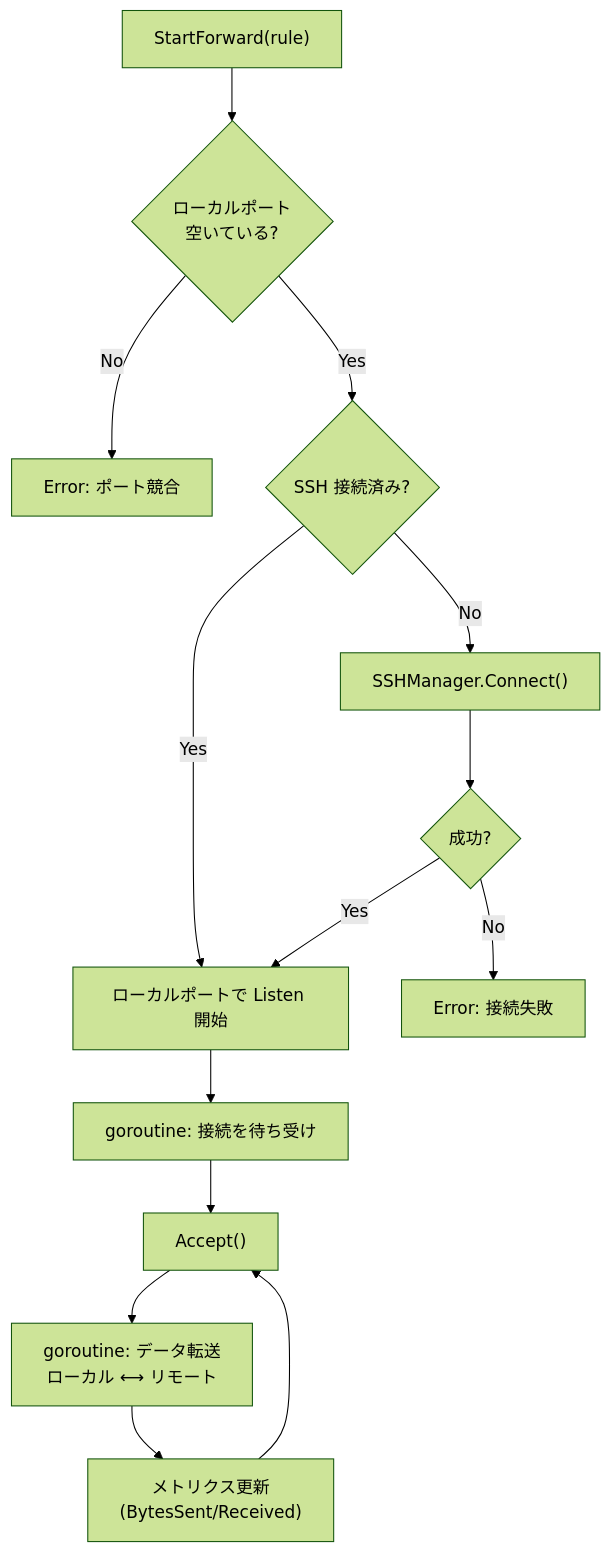
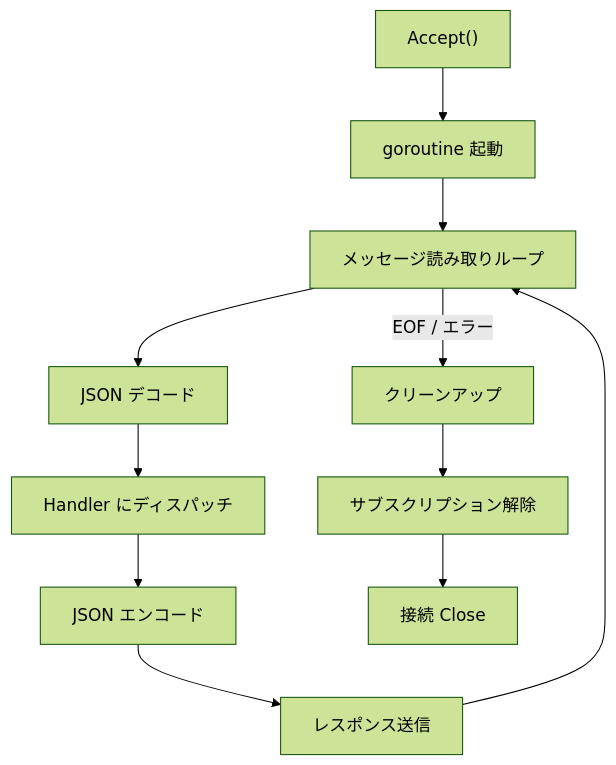
Before and after one commit to ousiassllc/MolePort: the third of 5 diagrams in docs/components/overview.md, drawn with Mermaid (forest theme). The commit also changed other lines of this file, not shown here.

````diff
--- a/docs/components/overview.md
+++ b/docs/components/overview.md
@@ -163,20 +218,14 @@
 ```mermaid
 flowchart TD
-    Start["StartForward(rule)"] --> CheckPort{ローカルポート<br/>空いている?}
-    CheckPort -->|No| ErrPort["Error: ポート競合"]
-    CheckPort -->|Yes| CheckConn{SSH 接続済み?}
-    CheckConn -->|No| Connect["SSHManager.Connect()"]
-    CheckConn -->|Yes| Listen
+    Accept["Accept()"] --> Goroutine["goroutine 起動"]
+    Goroutine --> ReadLoop["メッセージ読み取りループ"]
+    ReadLoop --> Decode["JSON デコード"]
+    Decode --> Dispatch["Handler にディスパッチ"]
+    Dispatch --> Encode["JSON エンコード"]
+    Encode --> Send["レスポンス送信"]
+    Send --> ReadLoop
 
-    Connect --> ConnResult{成功?}
-    ConnResult -->|No| ErrConn["Error: 接続失敗"]
-    ConnResult -->|Yes| Listen
-
-    Listen["ローカルポートで Listen 開始"]
-    Listen --> Goroutine["goroutine: 接続を待ち受け"]
-
-    Goroutine --> Accept["Accept()"]
-    Accept --> Forward["goroutine: データ転送<br/>ローカル ⟷ リモート"]
-    Forward --> Metrics["メトリクス更新<br/>(BytesSent/Received)"]
-    Metrics --> Accept
+    ReadLoop --> |EOF / エラー| Cleanup["クリーンアップ"]
+    Cleanup --> UnSub["サブスクリプション解除"]
+    UnSub --> Close["接続 Close"]
 ```
````
